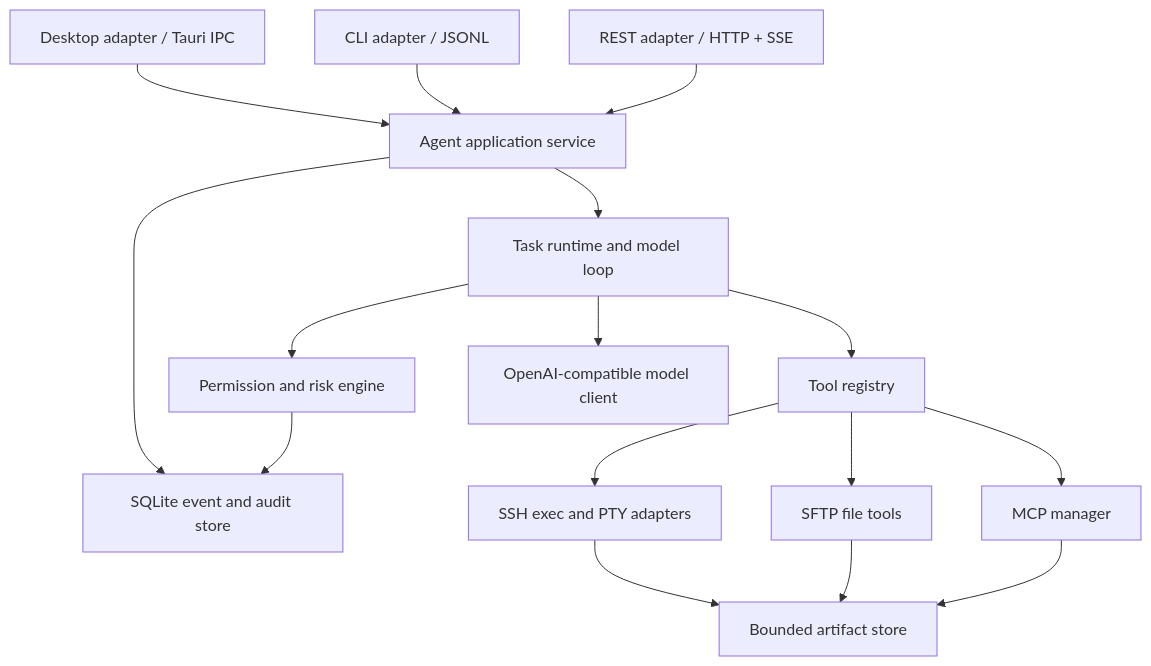
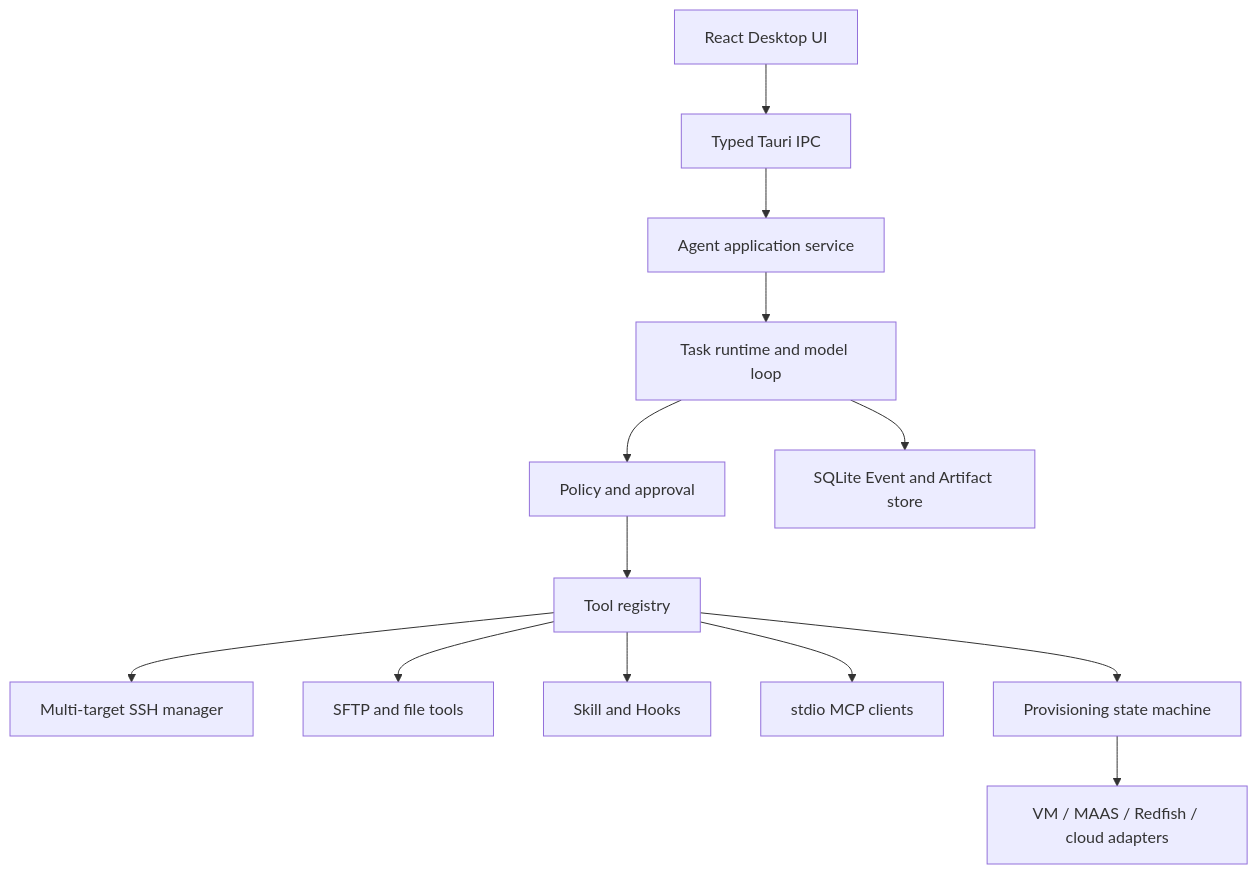
Before and after one commit to Ssshake1996/myterm: the first of 3 diagrams in docs/linux-agent-specification.md, drawn with Mermaid. The commit also changed other lines of this file and 25 other files, not shown here.

Commit message:
release: ship desktop-only agent v0.6.3

````diff
--- a/docs/linux-agent-specification.md
+++ b/docs/linux-agent-specification.md
@@ -182,18 +219,15 @@
 ```mermaid
 flowchart TD
-    Desktop["Desktop adapter / Tauri IPC"] --> App["Agent application service"]
-    CLI["CLI adapter / JSONL"] --> App
-    REST["REST adapter / HTTP + SSE"] --> App
+    Desktop["React Desktop UI"] --> IPC["Typed Tauri IPC"]
+    IPC --> App["Agent application service"]
     App --> Runtime["Task runtime and model loop"]
-    App --> Store["SQLite event and audit store"]
-    Runtime --> Policy["Permission and risk engine"]
-    Runtime --> Registry["Tool registry"]
-    Runtime --> Model["OpenAI-compatible model client"]
-    Registry --> SSH["SSH exec and PTY adapters"]
-    Registry --> Files["SFTP file tools"]
-    Registry --> MCP["MCP manager"]
-    Policy --> Store
-    SSH --> Artifacts["Bounded artifact store"]
-    Files --> Artifacts
-    MCP --> Artifacts
+    Runtime --> Policy["Policy and approval"]
+    Runtime --> Store["SQLite Event and Artifact store"]
+    Policy --> Registry["Tool registry"]
+    Registry --> SSH["Multi-target SSH manager"]
+    Registry --> Files["SFTP and file tools"]
+    Registry --> Skills["Skill and Hooks"]
+    Registry --> MCP["stdio MCP clients"]
+    Registry --> Provisioning["Provisioning state machine"]
+    Provisioning --> Providers["VM / MAAS / Redfish / cloud adapters"]
 ```
````
